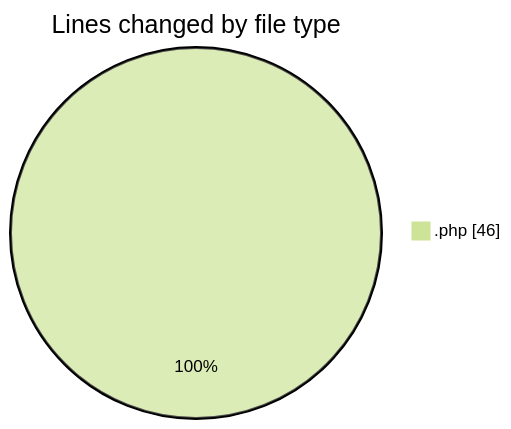
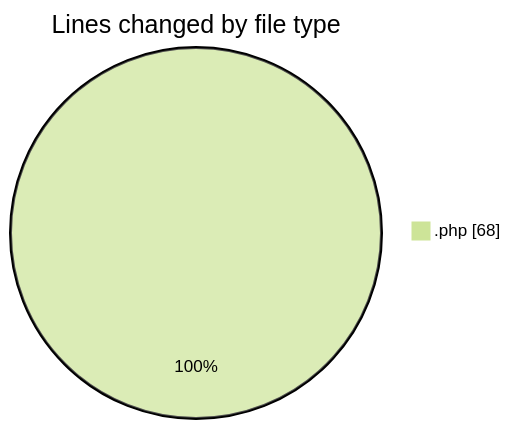
Before and after one commit to Ritupan-Deka/code-tracking: the first of 2 diagrams in 2025-10-08/url-shortener/README.md, drawn with Mermaid (forest theme). The commit also changed other lines of this file and 1 other file, not shown here.

````diff
--- a/2025-10-08/url-shortener/README.md
+++ b/2025-10-08/url-shortener/README.md
@@ -20,5 +20,5 @@
 ```mermaid
 pie showData
 title Lines changed by file type
-".php" : 46
+".php" : 68
 ```
````
